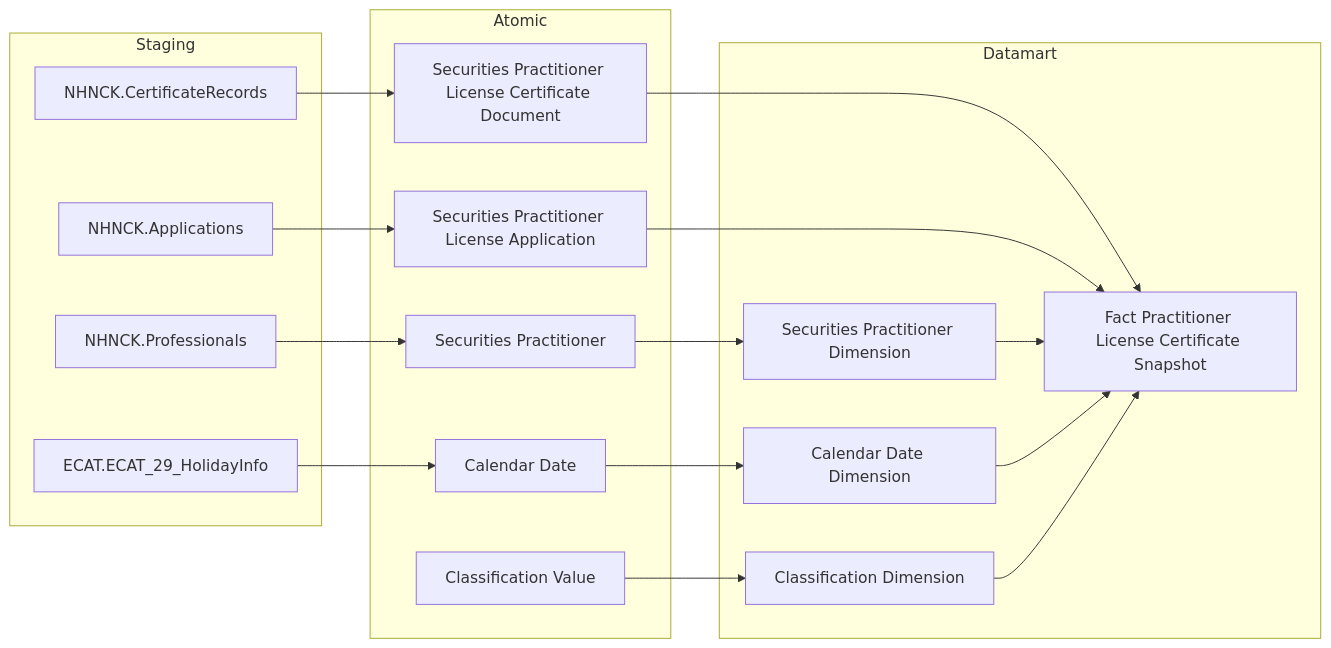
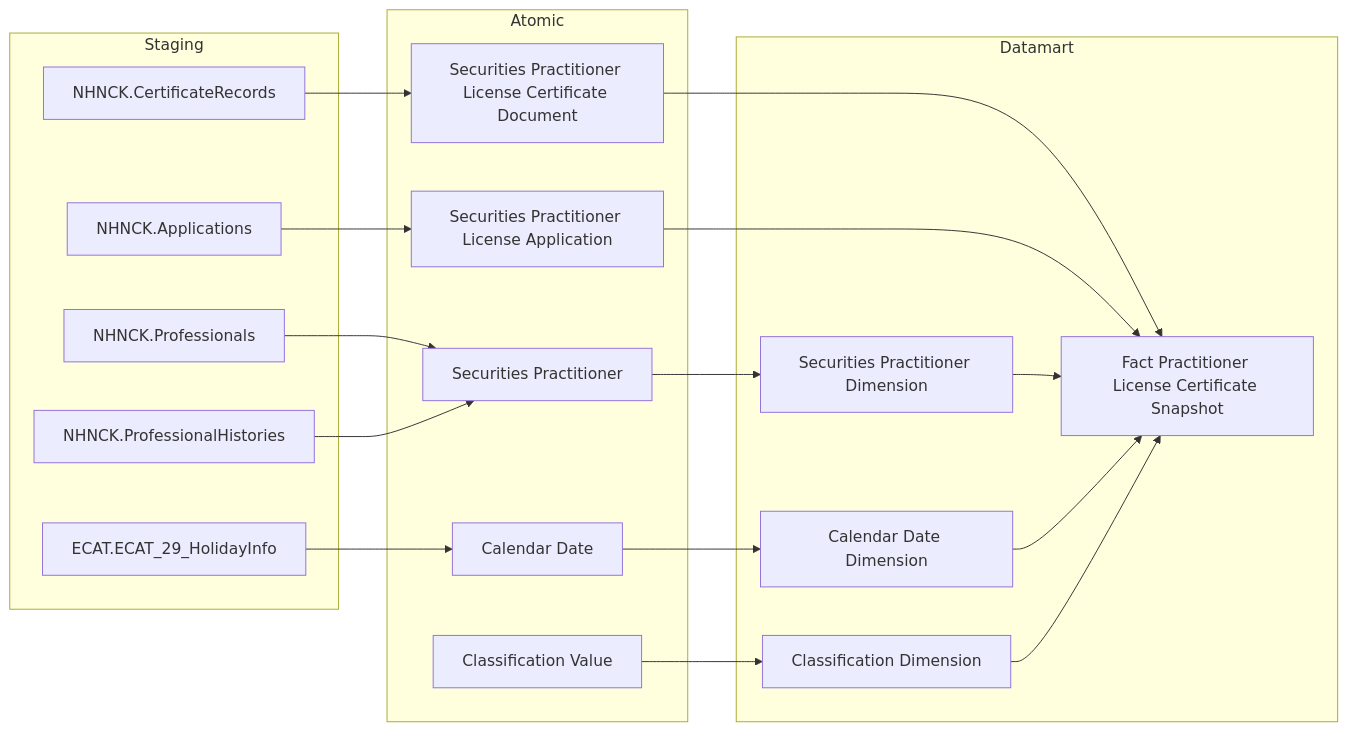
One commit to linhlvit/ubck_atomic_design changed the first of 40 diagrams in Datamart/hld/DTM_NHNCK_HLD.md. Above: the diagram before and after it, drawn with Mermaid. The commit also changed other lines of this file and 25 other files, not shown here.

````diff
--- a/Datamart/hld/DTM_NHNCK_HLD.md
+++ b/Datamart/hld/DTM_NHNCK_HLD.md
@@ -15,39 +15,41 @@
 ```mermaid
 flowchart LR
     subgraph SRC["Staging"]
-        S1["NHNCK.CertificateRecords"]
-        S2["NHNCK.Professionals"]
-        S3["NHNCK.Applications"]
+        NHNCK_CertificateRecords["NHNCK.CertificateRecords"]
+        NHNCK_Applications["NHNCK.Applications"]
+        NHNCK_Professionals["NHNCK.Professionals"]
+        NHNCK_ProfessionalHistories["NHNCK.ProfessionalHistories"]
         ECAT_ECAT_29_HolidayInfo["ECAT.ECAT_29_HolidayInfo"]
     end
 
     subgraph SIL["Atomic"]
-        SV1["Securities Practitioner License Certificate Document"]
-        SV2["Securities Practitioner"]
-        SV3["Securities Practitioner License Application"]
+        Securities_Practitioner_License_Certificate_Document["Securities Practitioner License Certificate Document"]
+        Securities_Practitioner_License_Application["Securities Practitioner License Application"]
+        Securities_Practitioner["Securities Practitioner"]
         Calendar_Date["Calendar Date"]
         Classification_Value["Classification Value"]
     end
 
     subgraph GOLD["Datamart"]
-        G1["Fact Practitioner License Certificate Snapshot"]
-        G2["Securities Practitioner Dimension"]
-        G3["Calendar Date Dimension"]
-        G4["Classification Dimension"]
+        fct_prac_license_ctf_snpst["Fact Practitioner License Certificate Snapshot"]
+        scr_prac_dim["Securities Practitioner Dimension"]
+        cdr_dt_dim["Calendar Date Dimension"]
+        cls_dim["Classification Dimension"]
     end
 
-    S1 --> SV1
-    S2 --> SV2
-    S3 --> SV3
+    NHNCK_CertificateRecords --> Securities_Practitioner_License_Certificate_Document
+    NHNCK_Applications --> Securities_Practitioner_License_Application
+    NHNCK_Professionals --> Securities_Practitioner
+    NHNCK_ProfessionalHistories --> Securities_Practitioner
     ECAT_ECAT_29_HolidayInfo --> Calendar_Date
 
-    SV1 --> G1
-    SV3 --> G1
-    SV2 --> G2
-    Calendar_Date --> G3
-    Classification_Value --> G4
+    Securities_Practitioner_License_Certificate_Document --> fct_prac_license_ctf_snpst
+    Securities_Practitioner_License_Application --> fct_prac_license_ctf_snpst
+    Securities_Practitioner --> scr_prac_dim
+    Calendar_Date --> cdr_dt_dim
+    Classification_Value --> cls_dim
 
-    G2 --> G1
-    G3 --> G1
-    G4 --> G1
+    scr_prac_dim --> fct_prac_license_ctf_snpst
+    cdr_dt_dim --> fct_prac_license_ctf_snpst
+    cls_dim --> fct_prac_license_ctf_snpst
 ```
````
